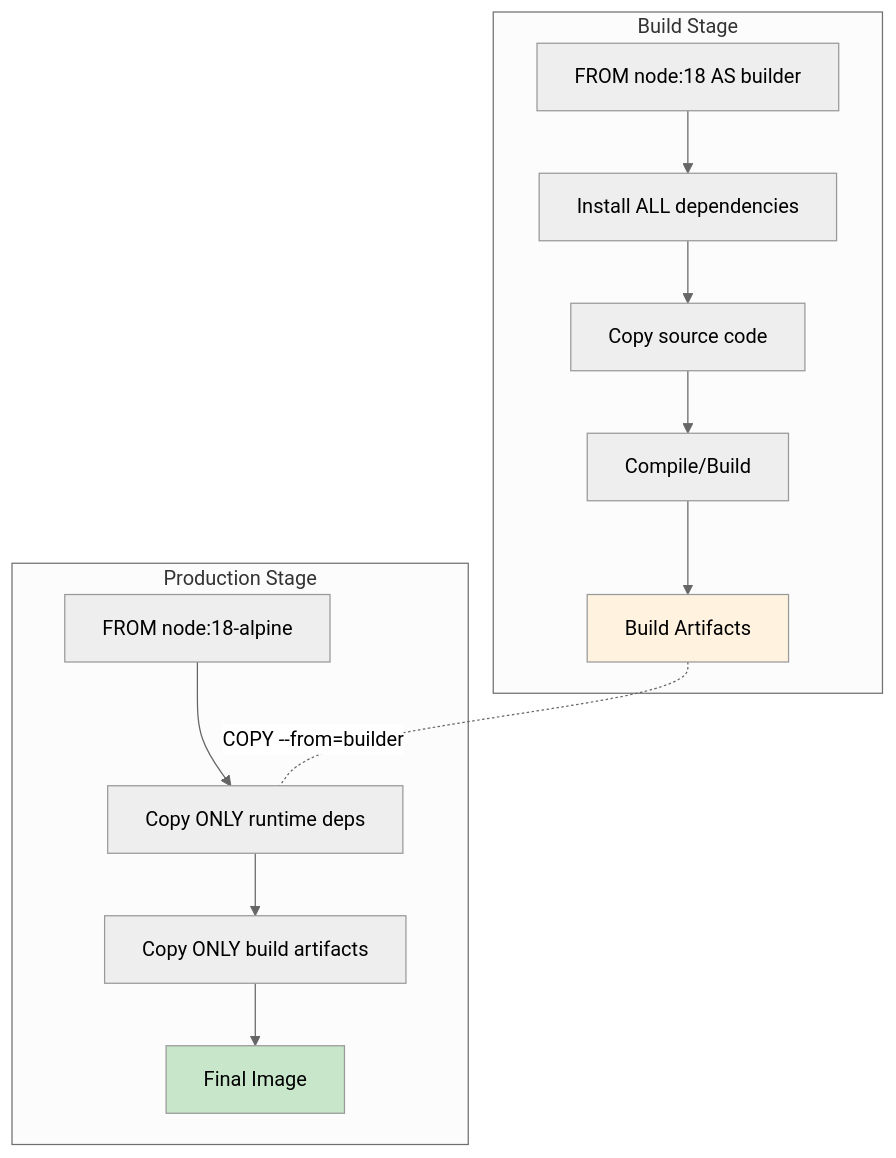
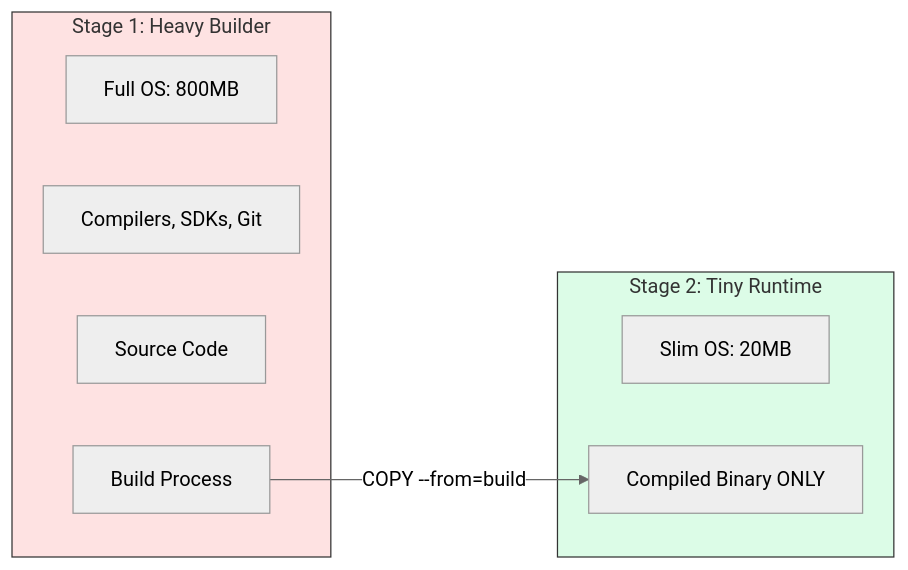
Before and after one commit to Ganil151/Devops: the diagram in 1-Beginner/03-Phase-3/01-Container-Orchestration/Docker/02-Intermediate/03-Multi-Stage-Builds/README.md, drawn with Mermaid (neutral theme). The commit also changed other lines of this file and 77 other files, not shown here.

````diff
--- a/1-Beginner/03-Phase-3/01-Container-Orchestration/Docker/02-Intermediate/03-Multi-Stage-Builds/README.md
+++ b/1-Beginner/03-Phase-3/01-Container-Orchestration/Docker/02-Intermediate/03-Multi-Stage-Builds/README.md
@@ -64,20 +5,19 @@
 ```mermaid
-flowchart TB
-    subgraph "Build Stage"
-        B1[FROM node:18 AS builder] --> B2[Install ALL dependencies]
-        B2 --> B3[Copy source code]
-        B3 --> B4[Compile/Build]
-        B4 --> B5[Build Artifacts]
+flowchart LR
+    subgraph Build_Stage[Stage 1: Heavy Builder]
+        OS1[Full OS: 800MB]
+        Tools[Compilers, SDKs, Git]
+        Code[Source Code]
+        Build[Build Process]
     end
     
-    subgraph "Production Stage"
-        P1[FROM node:18-alpine] --> P2[Copy ONLY runtime deps]
-        P2 --> P3[Copy ONLY build artifacts]
-        P3 --> P4[Final Image]
+    subgraph Final_Stage[Stage 2: Tiny Runtime]
+        OS2[Slim OS: 20MB]
+        Binary[Compiled Binary ONLY]
     end
     
-    B5 -.COPY --from=builder.- P2
+    Build -->|COPY --from=build| Binary
     
-    style B5 fill:#fff3e0
-    style P4 fill:#c8e6c9
+    style Build_Stage fill:#fee2e2,stroke:#333
+    style Final_Stage fill:#dcfce7,stroke:#333
 ```
````
